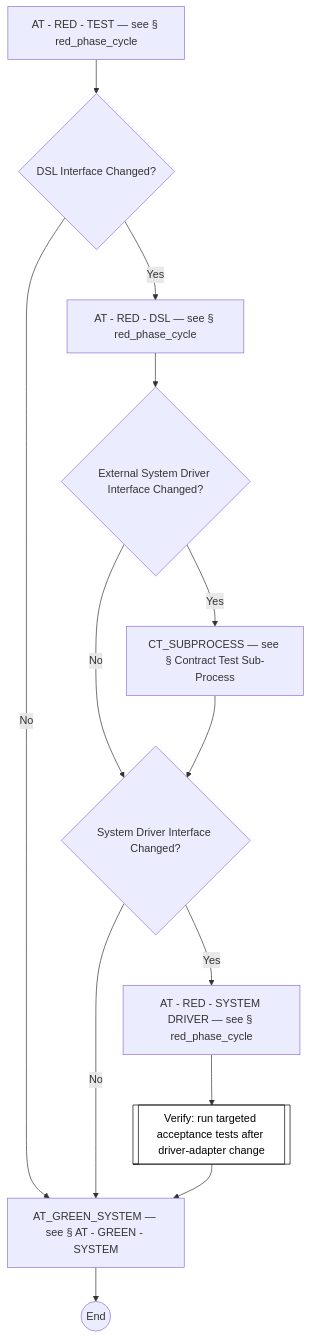
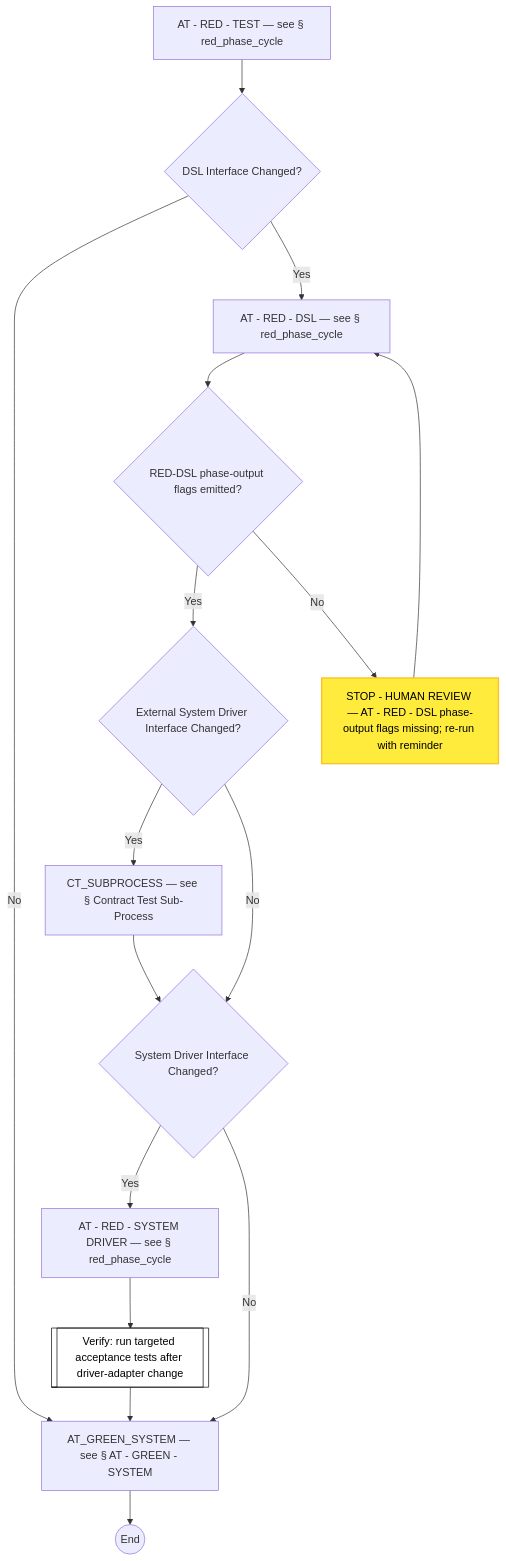
The sixth of 17 diagrams in docs/process-diagram.md (optivem/gh-optivem), drawn with Mermaid before and after one commit. The commit also changed other lines of this file and 5 other files, not shown here.

Commit message:
atdd: regenerate process-flow diagram

````diff
--- a/docs/process-diagram.md
+++ b/docs/process-diagram.md
@@ -146,29 +146,37 @@
 ```mermaid
 flowchart TD
     AT_END((End))
     AT_GREEN_SYSTEM[AT_GREEN_SYSTEM — see § AT - GREEN - SYSTEM]
     AT_RED_DSL[AT - RED - DSL — see § red_phase_cycle]
     AT_RED_SYSTEM_DRIVER[AT - RED - SYSTEM DRIVER — see § red_phase_cycle]
     AT_RED_TEST[AT - RED - TEST — see § red_phase_cycle]
     CT_SUBPROCESS[CT_SUBPROCESS — see § Contract Test Sub-Process]
     GATE_DSL_AT{DSL Interface Changed?}
+    GATE_DSL_FLAGS_PRESENT{RED-DSL phase-output flags emitted?}
     GATE_EXT_AT{External System Driver Interface Changed?}
     GATE_SYS_AT{System Driver Interface Changed?}
+    STOP_FLAG_UNSET["STOP - HUMAN REVIEW — AT - RED - DSL phase-output flags missing; re-run with reminder"]
     VERIFY_AT_DRIVER[[Verify: run targeted acceptance tests after driver-adapter change]]
 
     AT_RED_TEST --> GATE_DSL_AT
     GATE_DSL_AT -- No --> AT_GREEN_SYSTEM
     GATE_DSL_AT -- Yes --> AT_RED_DSL
-    AT_RED_DSL --> GATE_EXT_AT
+    AT_RED_DSL --> GATE_DSL_FLAGS_PRESENT
+    GATE_DSL_FLAGS_PRESENT -- Yes --> GATE_EXT_AT
+    GATE_DSL_FLAGS_PRESENT -- No --> STOP_FLAG_UNSET
+    STOP_FLAG_UNSET --> AT_RED_DSL
     GATE_EXT_AT -- Yes --> CT_SUBPROCESS
     GATE_EXT_AT -- No --> GATE_SYS_AT
     CT_SUBPROCESS --> GATE_SYS_AT
     GATE_SYS_AT -- Yes --> AT_RED_SYSTEM_DRIVER
     GATE_SYS_AT -- No --> AT_GREEN_SYSTEM
     AT_RED_SYSTEM_DRIVER --> VERIFY_AT_DRIVER
     VERIFY_AT_DRIVER --> AT_GREEN_SYSTEM
     AT_GREEN_SYSTEM --> AT_END
 
     classDef serviceNode fill:#ffffff,stroke:#000000,stroke-width:1px,color:#000000
     class VERIFY_AT_DRIVER serviceNode
+
+    classDef humanNode fill:#ffeb3b,stroke:#fbc02d,stroke-width:2px,color:#000000
+    class STOP_FLAG_UNSET humanNode
 ```
````
